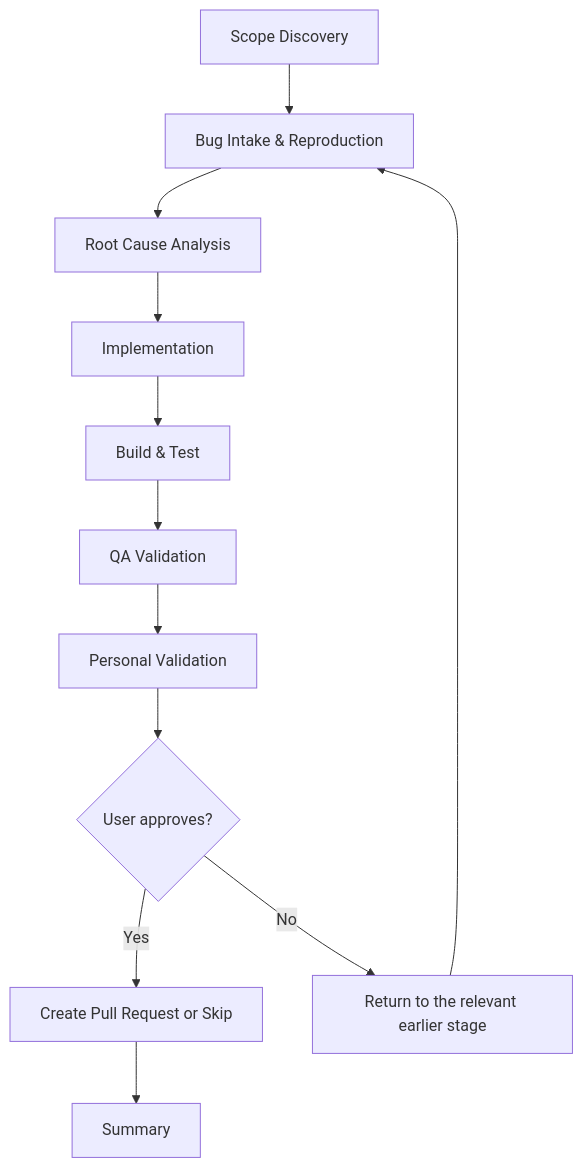
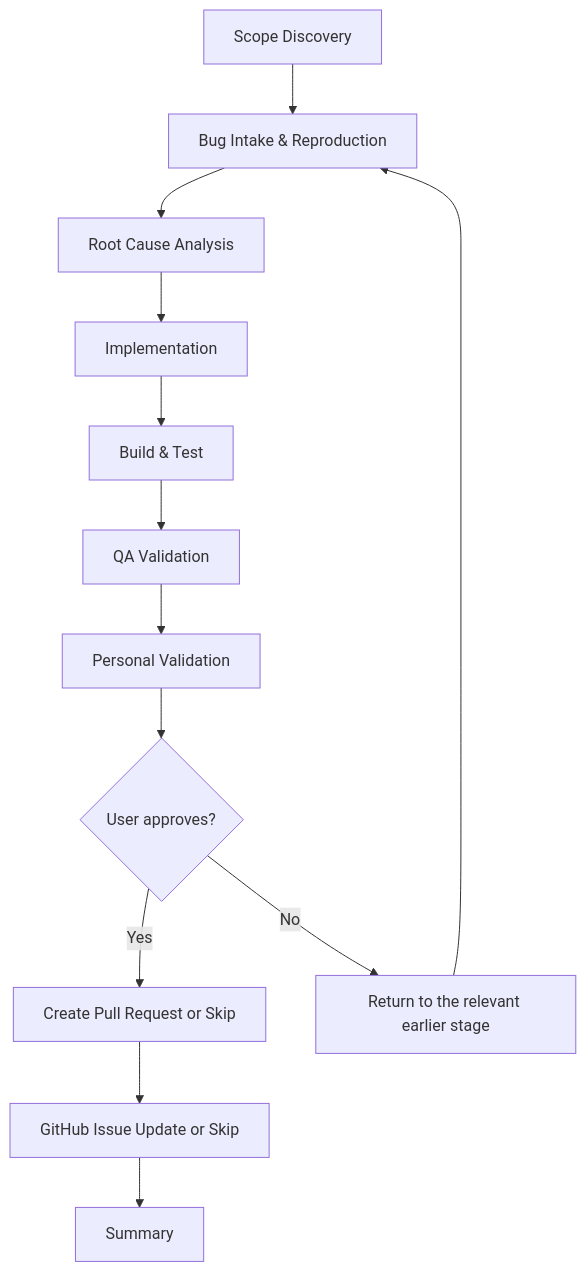
Diagram 12 of 14 in plugins/copilot-app/resources/orchestration-flow-diagrams.md (JSdotNet/Copilot), drawn with Mermaid before and after one commit. The commit also changed other lines of this file and 18 other files, not shown here.

````diff
--- a/plugins/copilot-app/resources/orchestration-flow-diagrams.md
+++ b/plugins/copilot-app/resources/orchestration-flow-diagrams.md
@@ -300,14 +322,15 @@
 ```mermaid
 flowchart TD
     S["Scope Discovery"] --> A["Bug Intake & Reproduction"]
     A --> B["Root Cause Analysis"]
     B --> C["Implementation"]
     C --> D["Build & Test"]
     D --> E["QA Validation"]
     E --> F["Personal Validation"]
     F --> G{User approves?}
     G -->|Yes| H["Create Pull Request or Skip"]
     G -->|No| I["Return to the relevant earlier stage"]
     I --> A
-    H --> J["Summary"]
+    H --> U["GitHub Issue Update or Skip"]
+    U --> J["Summary"]
 ```
````
